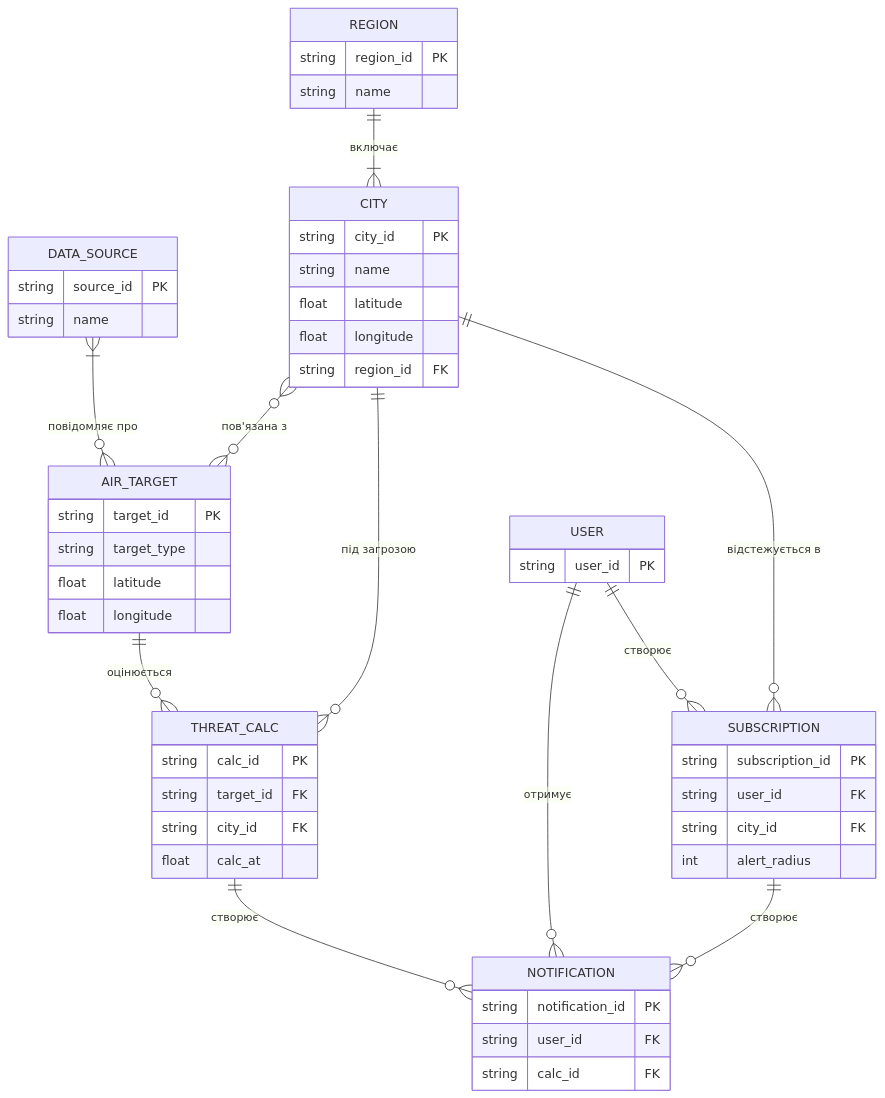
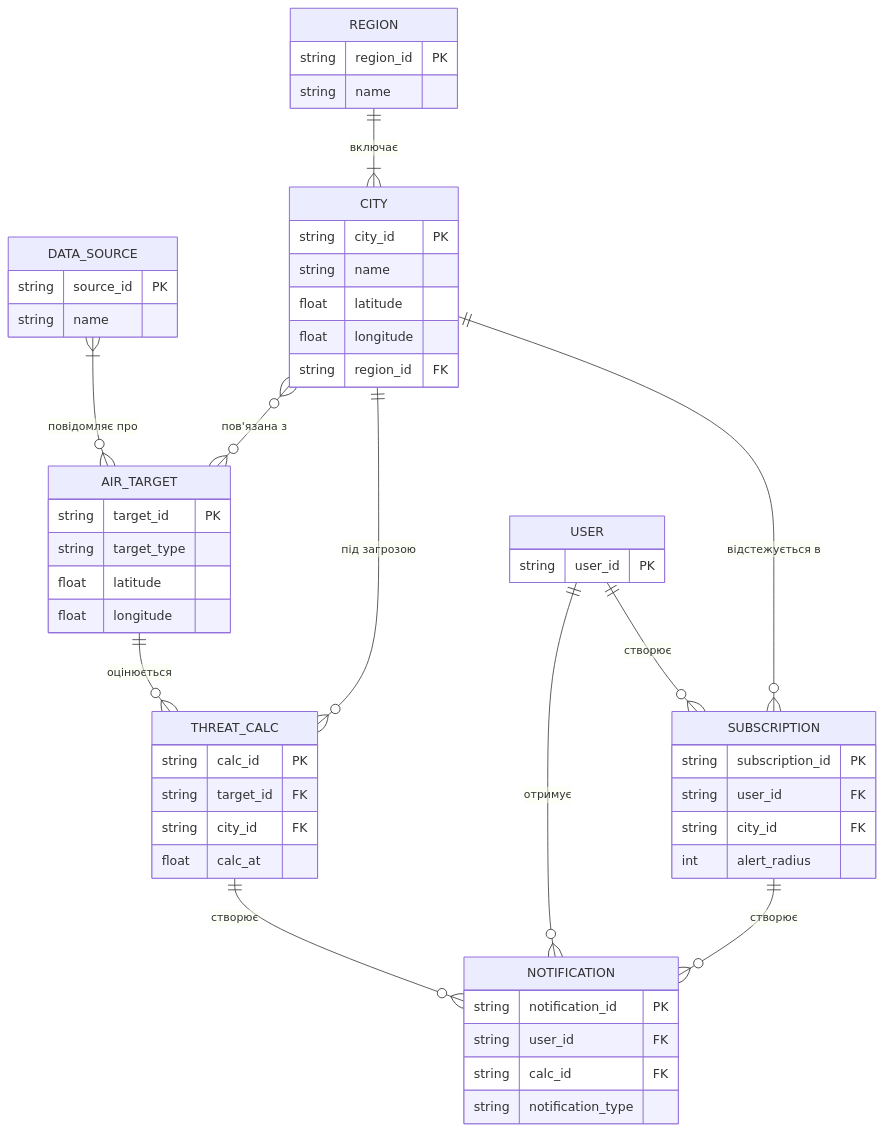
The diagram in lab1/model.mmd (acabzonbi/aerial-target-track), drawn with Mermaid before and after one commit. The commit also changed 9 other files, not shown here.

Commit message:
додав notification type та додав усі минулі моделі у папку ai

```diff
--- a/lab1/model.mmd
+++ b/lab1/model.mmd
@@ -1,64 +1,65 @@
 erDiagram
     %% Зв'язки, описані в spec.md
     REGION ||--|{ CITY : "включає"
     USER ||--o{ SUBSCRIPTION : "створює"
     DATA_SOURCE }|--o{ AIR_TARGET : "повідомляє про"
     CITY }o--o{ AIR_TARGET : "пов'язана з"
     AIR_TARGET ||--o{ THREAT_CALC : "оцінюється"
     THREAT_CALC ||--o{ NOTIFICATION : "створює"
     USER ||--o{ NOTIFICATION : "отримує"
     %% У spec.md немає FK subscription_id у NOTIFICATION
     SUBSCRIPTION ||--o{ NOTIFICATION : "створює"
 
     %% Зв'язки, які випливають з FK у spec.md, але не описані в розділі "Зв'язки"
     CITY ||--o{ SUBSCRIPTION : "відстежується в"
     CITY ||--o{ THREAT_CALC : "під загрозою"
 
     REGION {
         string region_id PK
         string name
     }
 
     CITY {
         string city_id PK
         string name
         float latitude
         float longitude
         string region_id FK
     }
 
     USER {
         string user_id PK
     }
 
     SUBSCRIPTION {
         string subscription_id PK
         string user_id FK
         string city_id FK
         int alert_radius
     }
 
     AIR_TARGET {
         string target_id PK
         string target_type
         float latitude
         float longitude
     }
 
     DATA_SOURCE {
         string source_id PK
         string name
     }
 
     THREAT_CALC {
         string calc_id PK
         string target_id FK
         string city_id FK
         float calc_at
     }
 
     NOTIFICATION {
         string notification_id PK
         string user_id FK
         string calc_id FK
+        string notification_type
     }
```
